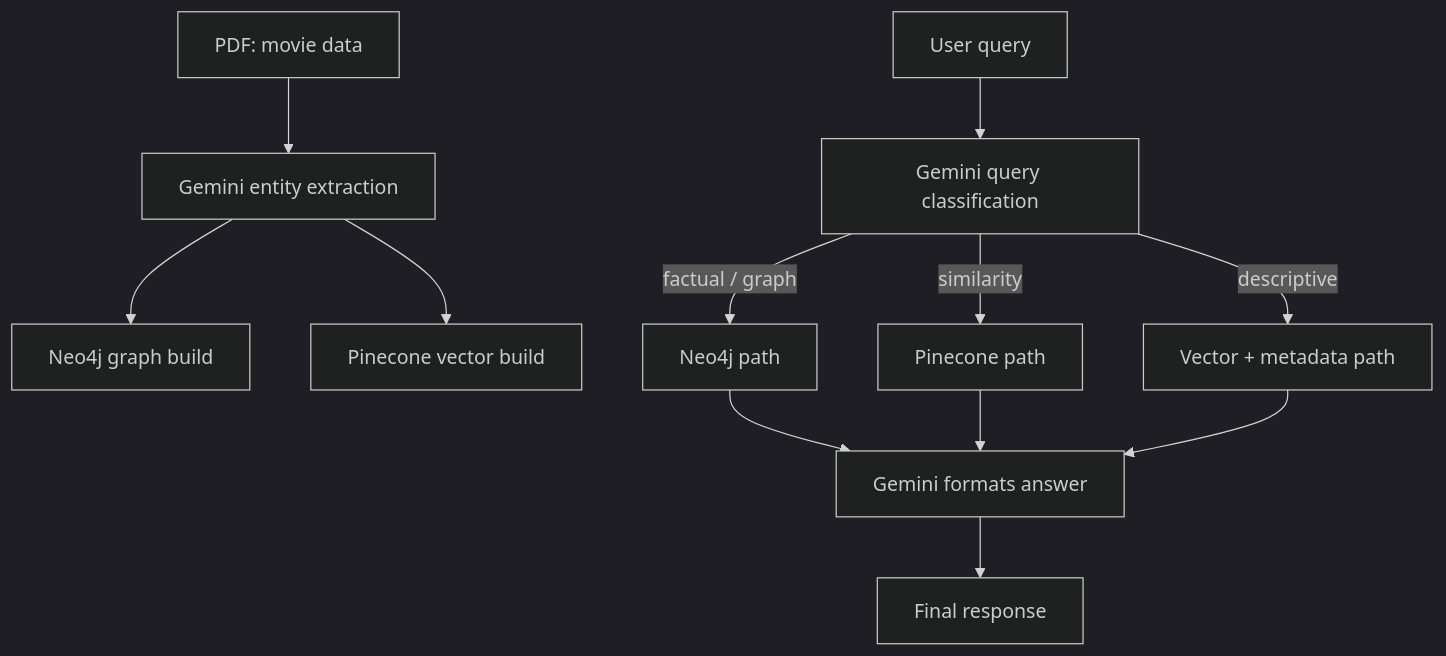
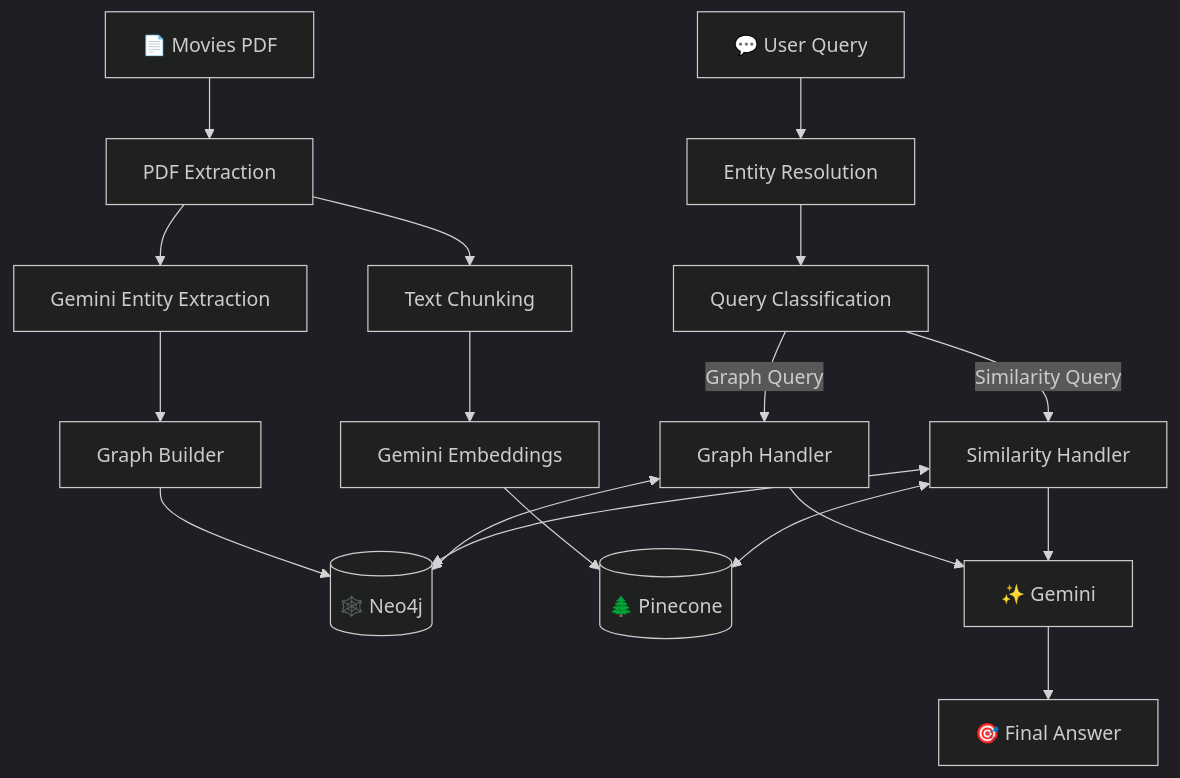
One commit to codeboy-pro/GraphRAG-Movie-Project changed the first of 2 diagrams in Notes.md. Above: the diagram before and after it, drawn with Mermaid (dark theme). The commit also changed other lines of this file and 1 other file, not shown here.

````diff
--- a/Notes.md
+++ b/Notes.md
@@ -88,16 +160,26 @@
 ```mermaid
 flowchart TD
-		A[PDF: movie data] --> B[Gemini entity extraction]
-		B --> C[Neo4j graph build]
-		B --> D[Pinecone vector build]
+    A["📄 Movies PDF"] --> B["PDF Extraction"]
+    B --> C["Gemini Entity Extraction"]
 
-		E[User query] --> F[Gemini query classification]
-		F -->|factual / graph| G[Neo4j path]
-		F -->|similarity| H[Pinecone path]
-		F -->|descriptive| I[Vector + metadata path]
+    C --> D["Graph Builder"]
+    D --> E[("🕸️ Neo4j")]
 
-		G --> J[Gemini formats answer]
-		H --> J
-		I --> J
-		J --> K[Final response]
+    B --> F["Text Chunking"]
+    F --> G["Gemini Embeddings"]
+    G --> H[("🌲 Pinecone")]
+
+    I["💬 User Query"] --> J["Entity Resolution"]
+    J --> K["Query Classification"]
+
+    K -->|Graph Query| L["Graph Handler"]
+    K -->|Similarity Query| M["Similarity Handler"]
+
+    L <--> E
+    M <--> H
+    M <--> E
+
+    L --> N["✨ Gemini"]
+    M --> N
+    N --> O["🎯 Final Answer"]
 ```
````
